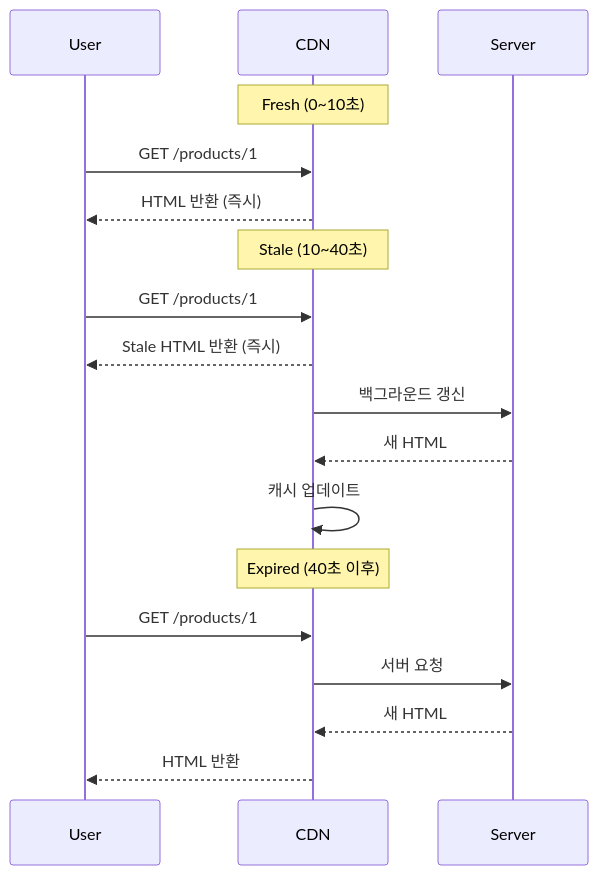
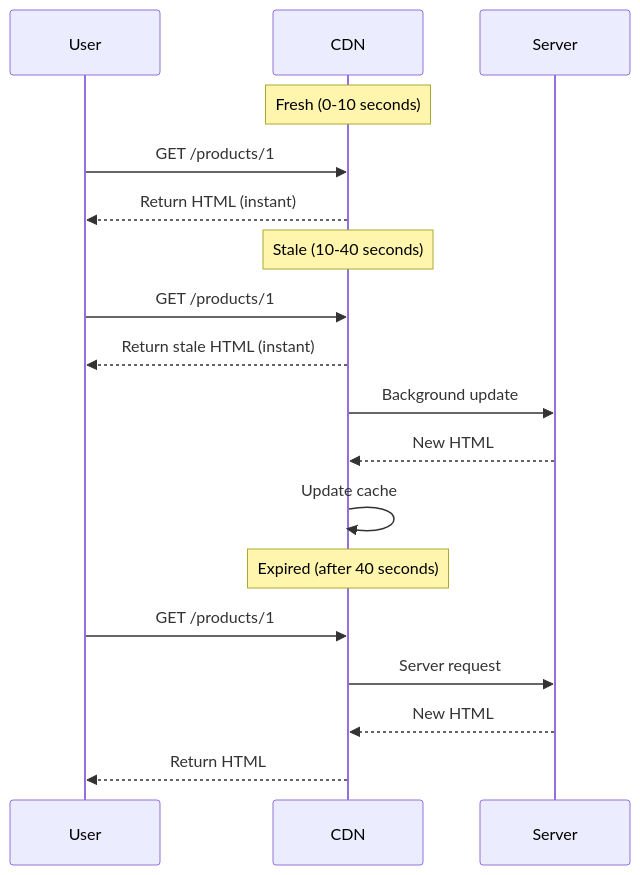
The first of 2 diagrams in modules/docs/en/advanced-features/cache-control/using-in-ssr.mdx (cartanova-ai/sonamu), drawn with Mermaid before and after one commit. The commit also changed other lines of this file and 86 other files, not shown here.

````diff
--- a/modules/docs/en/advanced-features/cache-control/using-in-ssr.mdx
+++ b/modules/docs/en/advanced-features/cache-control/using-in-ssr.mdx
@@ -58,23 +58,23 @@
 ```mermaid
 sequenceDiagram
     participant User
     participant CDN
     participant Server
 
-    Note over CDN: Fresh (0~10초)
+    Note over CDN: Fresh (0-10 seconds)
     User->>CDN: GET /products/1
-    CDN-->>User: HTML 반환 (즉시)
+    CDN-->>User: Return HTML (instant)
 
-    Note over CDN: Stale (10~40초)
+    Note over CDN: Stale (10-40 seconds)
     User->>CDN: GET /products/1
-    CDN-->>User: Stale HTML 반환 (즉시)
-    CDN->>Server: 백그라운드 갱신
-    Server-->>CDN: 새 HTML
-    CDN->>CDN: 캐시 업데이트
+    CDN-->>User: Return stale HTML (instant)
+    CDN->>Server: Background update
+    Server-->>CDN: New HTML
+    CDN->>CDN: Update cache
 
-    Note over CDN: Expired (40초 이후)
+    Note over CDN: Expired (after 40 seconds)
     User->>CDN: GET /products/1
-    CDN->>Server: 서버 요청
-    Server-->>CDN: 새 HTML
-    CDN-->>User: HTML 반환
+    CDN->>Server: Server request
+    Server-->>CDN: New HTML
+    CDN-->>User: Return HTML
 ```
````
